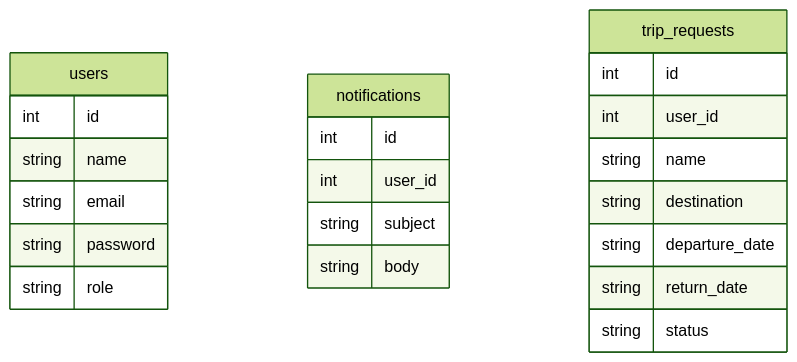
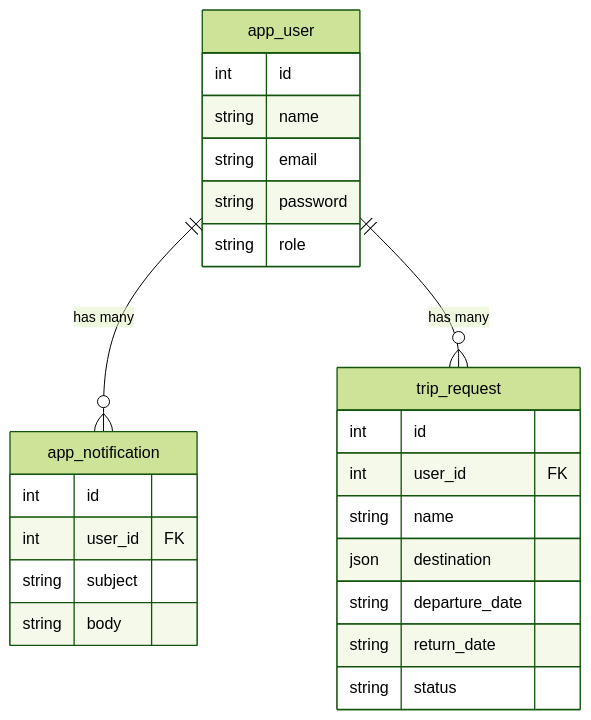
One commit to jeff-silva/test-onfly changed the diagram in README.md. Above: the diagram before and after it, drawn with Mermaid (forest theme). The commit also changed 13 other files, not shown here.

````diff
--- a/README.md
+++ b/README.md
@@ -34,28 +34,32 @@
 ```mermaid
 erDiagram
 
-users {
+app_user {
   int id
   string name
   string email
   string password
   string role
 }
 
-notifications {
+app_notification {
   int id
-  int user_id
+  int user_id FK
   string subject
   string body
 }
 
-trip_requests {
+trip_request {
   int id
-  int user_id
+  int user_id FK
   string name
-  string destination
+  json destination
   string departure_date
   string return_date
   string status
 }
+
+app_user ||--o{ app_notification : "has many"
+app_user ||--o{ trip_request : "has many"
+
 ```
````
